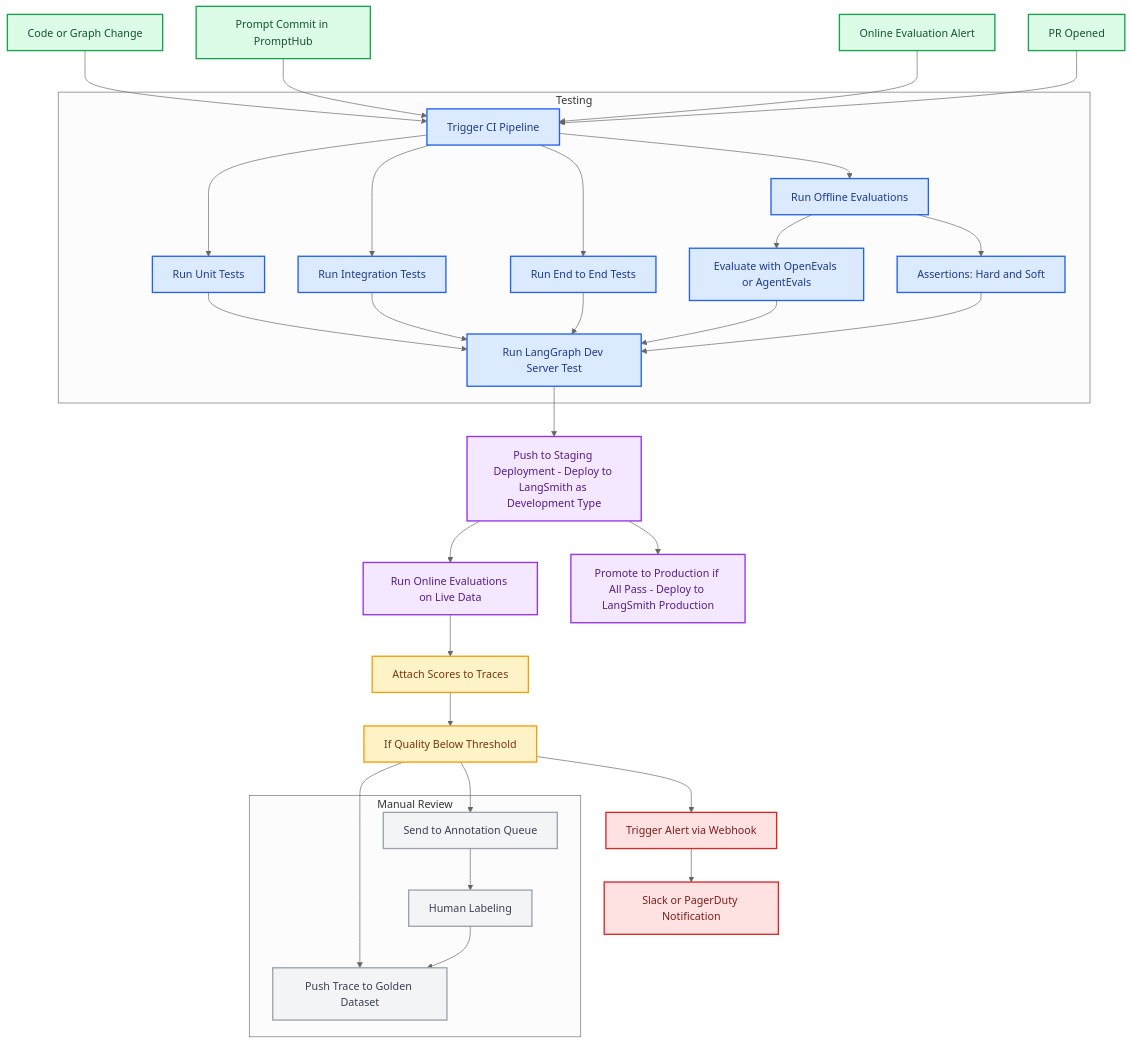
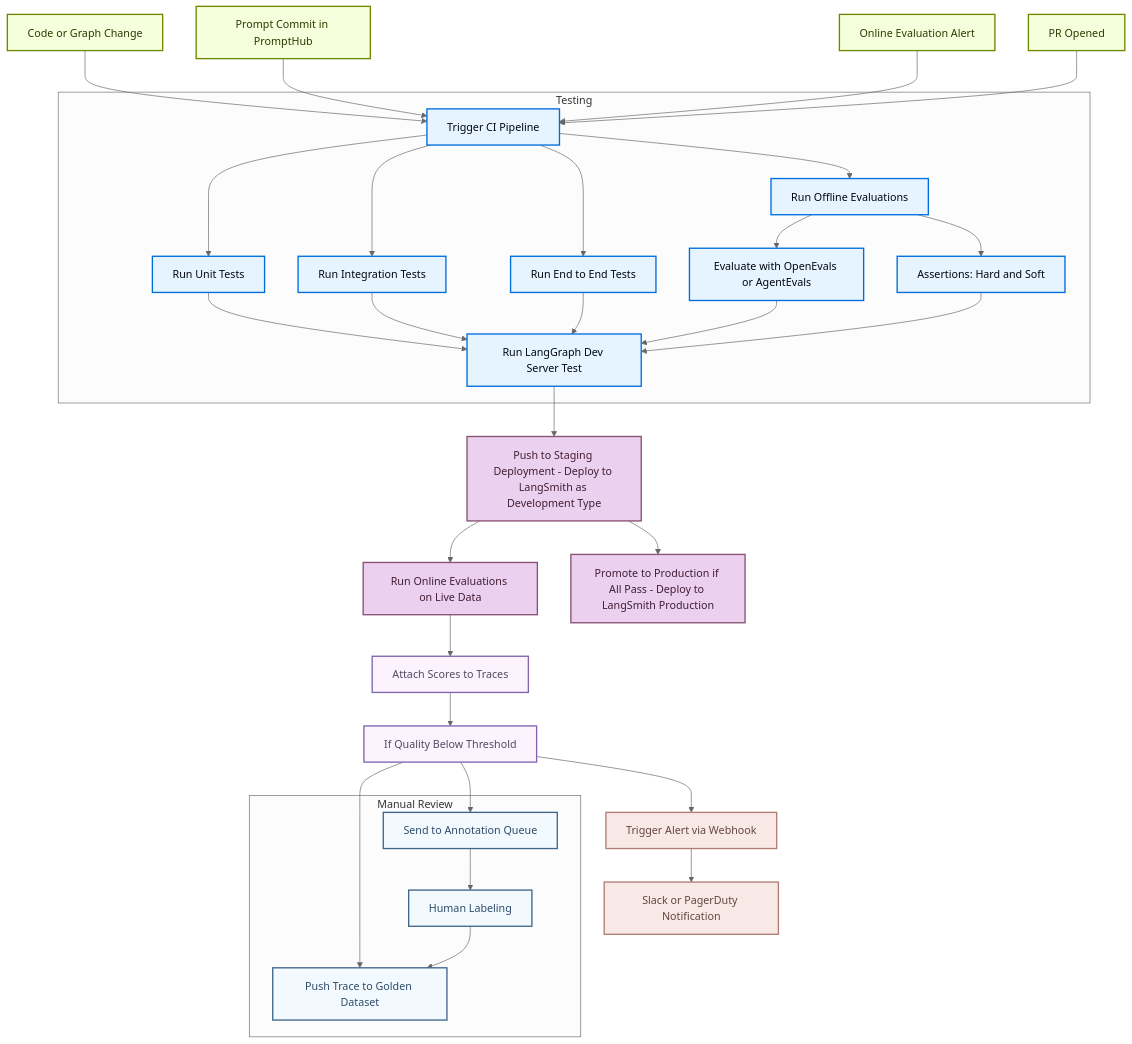
The first of 2 diagrams in langsmith/cicd-pipeline-example.mdx (kunfan96/cndocs-langchain), drawn with Mermaid (neutral theme) before and after one commit. The commit also changed other lines of this file and 2538 other files, not shown here.

````diff
--- a/langsmith/cicd-pipeline-example.mdx
+++ b/langsmith/cicd-pipeline-example.mdx
@@ -21,56 +21,56 @@
 ```mermaid
 graph TD
     A1[Code or Graph Change] --> B1[Trigger CI Pipeline]
     A2[Prompt Commit in PromptHub] --> B1
     A3[Online Evaluation Alert] --> B1
     A4[PR Opened] --> B1
 
     subgraph "Testing"
         B1 --> C1[Run Unit Tests]
         B1 --> C2[Run Integration Tests]
         B1 --> C3[Run End to End Tests]
         B1 --> C4[Run Offline Evaluations]
 
         C4 --> D1[Evaluate with OpenEvals or AgentEvals]
         C4 --> D2[Assertions: Hard and Soft]
 
         C1 --> E1[Run LangGraph Dev Server Test]
         C2 --> E1
         C3 --> E1
         D1 --> E1
         D2 --> E1
     end
 
     E1 --> F1[Push to Staging Deployment - Deploy to LangSmith as Development Type]
 
     F1 --> G1[Run Online Evaluations on Live Data]
     G1 --> H1[Attach Scores to Traces]
 
     H1 --> I1[If Quality Below Threshold]
     I1 --> J1[Send to Annotation Queue]
     I1 --> J2[Trigger Alert via Webhook]
     I1 --> J3[Push Trace to Golden Dataset]
 
     F1 --> K1[Promote to Production if All Pass - Deploy to LangSmith Production]
 
     J2 --> L1[Slack or PagerDuty Notification]
 
     subgraph Manual Review
         J1 --> M1[Human Labeling]
         M1 --> J3
     end
 
-    classDef trigger fill:#DCFCE7,stroke:#16A34A,stroke-width:2px,color:#14532D
-    classDef process fill:#DBEAFE,stroke:#2563EB,stroke-width:2px,color:#1E3A8A
-    classDef decision fill:#FEF3C7,stroke:#F59E0B,stroke-width:2px,color:#78350F
-    classDef output fill:#F3E8FF,stroke:#9333EA,stroke-width:2px,color:#581C87
-    classDef alert fill:#FEE2E2,stroke:#DC2626,stroke-width:2px,color:#7F1D1D
-    classDef neutral fill:#F3F4F6,stroke:#9CA3AF,stroke-width:2px,color:#374151
+    classDef trigger fill:#F6FFDB,stroke:#6E8900,stroke-width:2px,color:#2E3900
+    classDef process fill:#E5F4FF,stroke:#006DDD,stroke-width:2px,color:#030710
+    classDef decision fill:#FDF3FF,stroke:#7E65AE,stroke-width:2px,color:#504B5F
+    classDef output fill:#EBD0F0,stroke:#885270,stroke-width:2px,color:#441E33
+    classDef alert fill:#F8E8E6,stroke:#B27D75,stroke-width:2px,color:#634643
+    classDef neutral fill:#F2FAFF,stroke:#40668D,stroke-width:2px,color:#2F4B68
 
     class A1,A2,A3,A4 trigger
     class B1,C1,C2,C3,C4,D1,D2,E1 process
     class H1,I1 decision
     class F1,G1,K1 output
     class J2,L1 alert
     class J1,J3,M1 neutral
 ```
````
